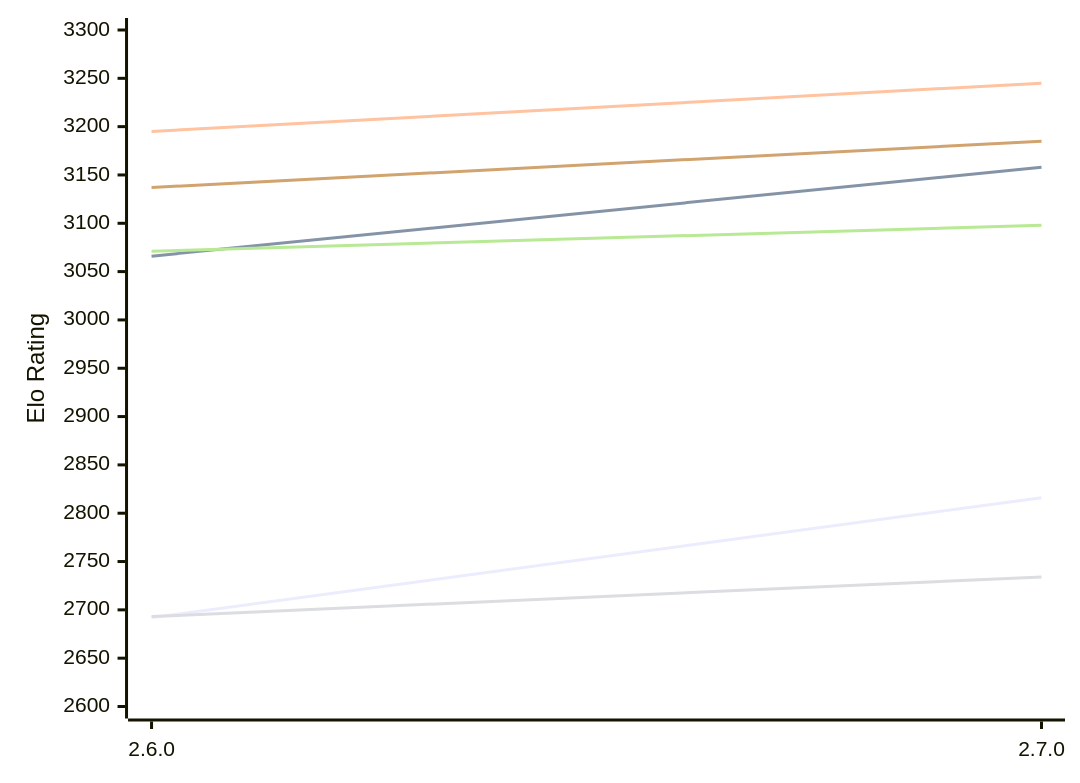
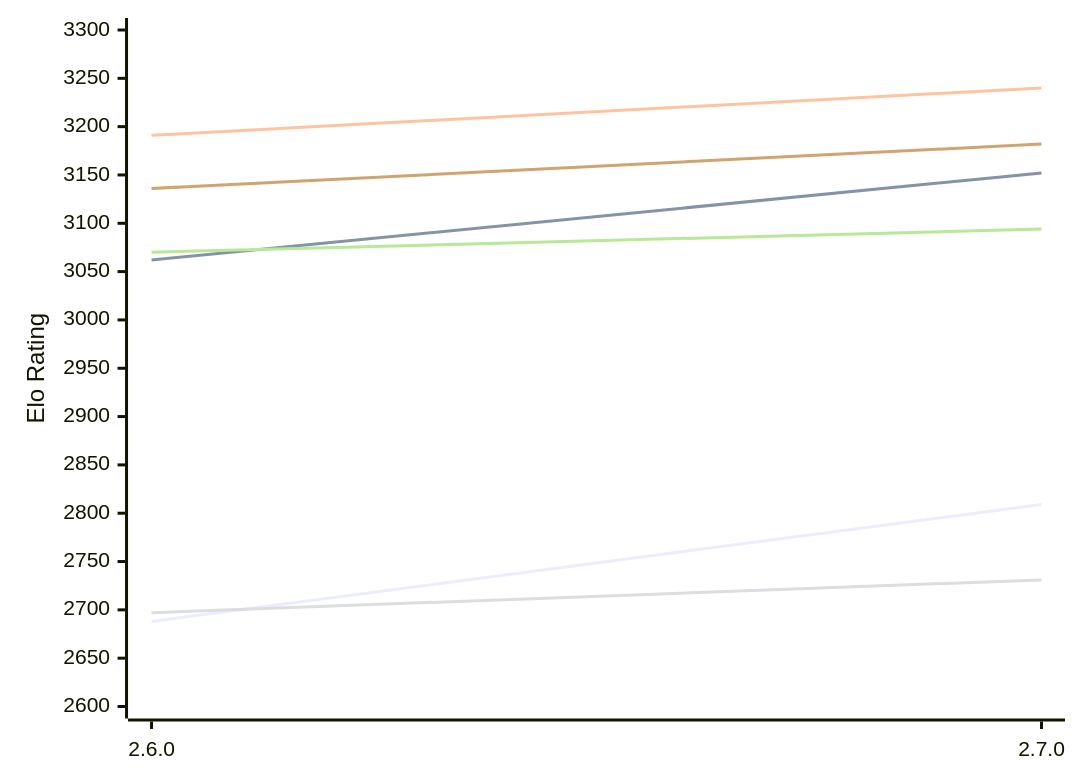
The first of 2 diagrams in engines/Sturddle2.md (computer-chess-index/cci), drawn with Mermaid before and after one commit. The commit also changed other lines of this file, not shown here.

Commit message:
Update CCI Ratings (ELO VLTC) - 2026-11-26

````diff
--- a/engines/Sturddle2.md
+++ b/engines/Sturddle2.md
@@ -51,12 +51,12 @@
 ```mermaid
 %%{init: {"theme":"base","themeVariables":{"seriesColors:['#a3a3a3','#222221','#faa371']}}}%%
 xychart-beta
   x-axis ["2.6.0", "2.7.0"]
   y-axis "Elo Rating" 2600 --> 3300
-  line "E1: STC (8.0+0.08s)" [2692, 2816]
-  line "E1: LTC (60.0+0.60s)" [3066, 3158]
-  line "E1: VLTC (2m24s+1.12s)" [3195, 3245]
-  line "P1: STC (8.0+0.08s)" [2693, 2734]
-  line "P1: LTC (60.0+0.60s)" [3071, 3098]
-  line "P1: VLTC (2m24s+1.12s)" [3137, 3185]
+  line "E1: STC (8.0+0.08s)" [2688, 2809]
+  line "E1: LTC (60.0+0.60s)" [3062, 3152]
+  line "E1: VLTC (2m24s+1.12s)" [3191, 3240]
+  line "P1: STC (8.0+0.08s)" [2697, 2731]
+  line "P1: LTC (60.0+0.60s)" [3070, 3094]
+  line "P1: VLTC (2m24s+1.12s)" [3136, 3182]
 ```
````
